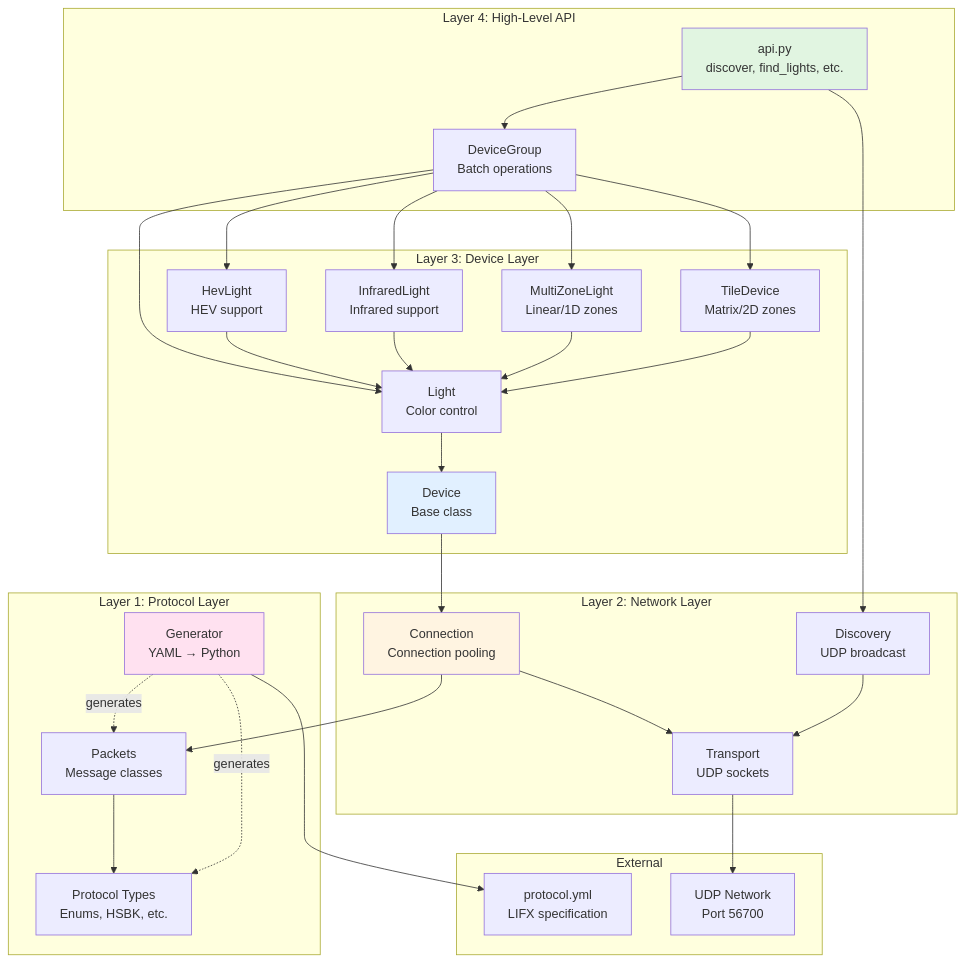
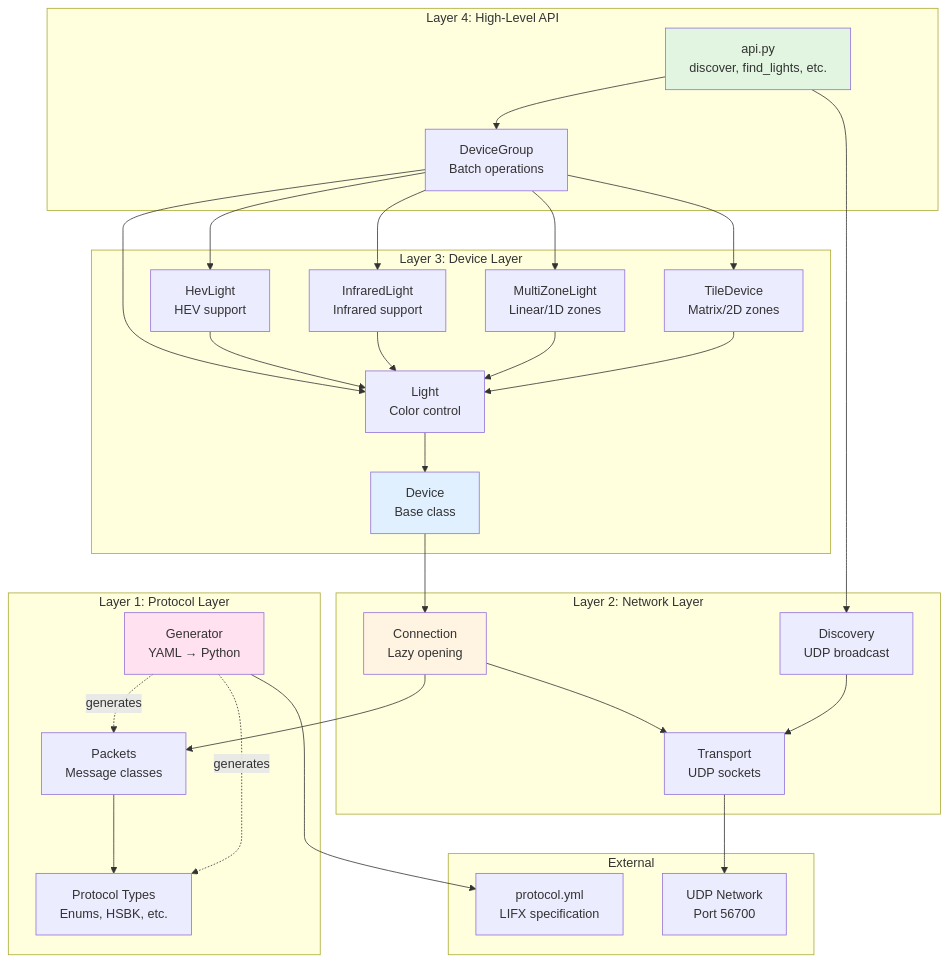
The first of 3 diagrams in docs/architecture/overview.md (Djelibeybi/lifx-async), drawn with Mermaid before and after one commit. The commit also changed other lines of this file and 17 other files, not shown here.

First line of the commit message:
feat: remove connection pool in favor of lazy device-owned connections

````diff
--- a/docs/architecture/overview.md
+++ b/docs/architecture/overview.md
@@ -7,60 +7,60 @@
 ```mermaid
 graph TB
     subgraph "Layer 4: High-Level API"
         API[api.py<br/>discover, find_lights, etc.]
         DeviceGroup[DeviceGroup<br/>Batch operations]
     end
 
     subgraph "Layer 3: Device Layer"
         Device[Device<br/>Base class]
         Light[Light<br/>Color control]
         Hev[HevLight<br />HEV support]
         Infrared[InfraredLight<br />Infrared support]
         MultiZone[MultiZoneLight<br/>Linear/1D zones]
         Tile[TileDevice<br/>Matrix/2D zones]
     end
 
     subgraph "Layer 2: Network Layer"
         Discovery[Discovery<br/>UDP broadcast]
-        Connection[Connection<br/>Connection pooling]
+        Connection[Connection<br/>Lazy opening]
         Transport[Transport<br/>UDP sockets]
     end
 
     subgraph "Layer 1: Protocol Layer"
         Generator[Generator<br/>YAML → Python]
         Types[Protocol Types<br/>Enums, HSBK, etc.]
         Packets[Packets<br/>Message classes]
     end
 
     subgraph "External"
         YAML[protocol.yml<br/>LIFX specification]
         Network[UDP Network<br/>Port 56700]
     end
 
     API --> DeviceGroup
     DeviceGroup --> Light
     DeviceGroup --> Hev
     DeviceGroup --> Infrared
     DeviceGroup --> MultiZone
     DeviceGroup --> Tile
     API --> Discovery
     Device --> Connection
     Light --> Device
     Hev --> Light
     Infrared --> Light
     MultiZone --> Light
     Tile --> Light
     Connection --> Transport
     Connection --> Packets
     Discovery --> Transport
     Packets --> Types
     Transport --> Network
     Generator --> YAML
     Generator -.generates.-> Types
     Generator -.generates.-> Packets
 
     style API fill:#e1f5e1
     style Device fill:#e1f0ff
     style Connection fill:#fff4e1
     style Generator fill:#ffe1f0
 ```
````
